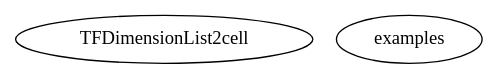
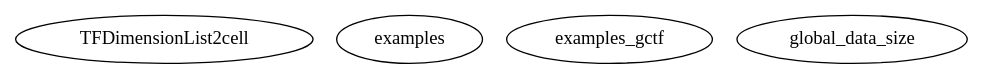
Before and after one commit to atcemgil/tft: the diagram in doc/tft/utils/graph.dot, drawn with Graphviz. The commit also changed 15 other files, not shown here.

```diff
--- a/doc/tft/utils/graph.dot
+++ b/doc/tft/utils/graph.dot
@@ -1,6 +1,8 @@
 /* Created by mdot for Matlab */
 digraph m2html {
 
   TFDimensionList2cell [URL="TFDimensionList2cell.html"];
   examples [URL="examples.html"];
+  examples_gctf [URL="examples_gctf.html"];
+  global_data_size [URL="global_data_size.html"];
 }
```
